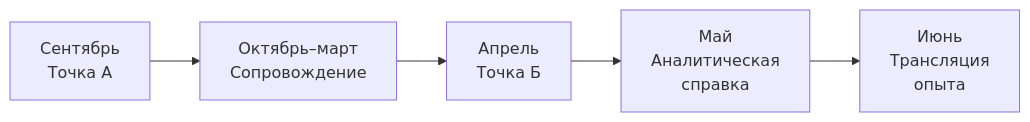
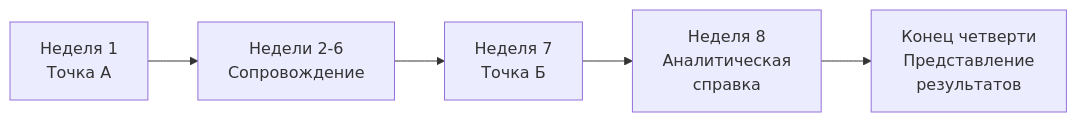
The seventh of 8 diagrams in АВТОРСКАЯ_ПРОГРАММА_БЕЗ_НАГРУЗКИ.md (ed-baer97/pdf-to-excel-scraper-main), drawn with Mermaid before and after one commit. The commit also changed other lines of this file and 15 other files, not shown here.

````diff
--- a/АВТОРСКАЯ_ПРОГРАММА_БЕЗ_НАГРУЗКИ.md
+++ b/АВТОРСКАЯ_ПРОГРАММА_БЕЗ_НАГРУЗКИ.md
@@ -488,7 +496,7 @@
 ```mermaid
 flowchart LR
-    T1[Сентябрь<br/>Точка А] --> T2[Октябрь–март<br/>Сопровождение]
-    T2 --> T3[Апрель<br/>Точка Б]
-    T3 --> T4[Май<br/>Аналитическая<br/>справка]
-    T4 --> T5[Июнь<br/>Трансляция<br/>опыта]
+    T1[Неделя 1<br/>Точка А] --> T2[Недели 2-6<br/>Сопровождение]
+    T2 --> T3[Неделя 7<br/>Точка Б]
+    T3 --> T4[Неделя 8<br/>Аналитическая<br/>справка]
+    T4 --> T5[Конец четверти<br/>Представление<br/>результатов]
 ```
````
